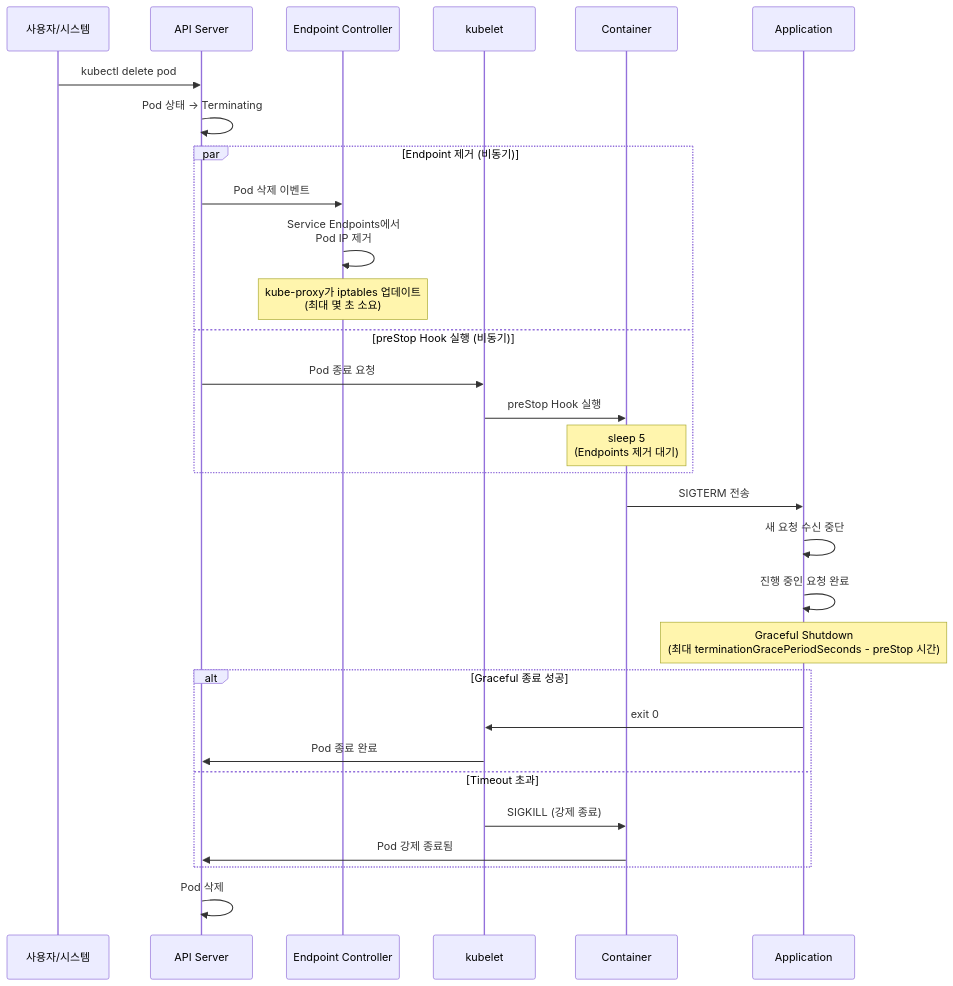
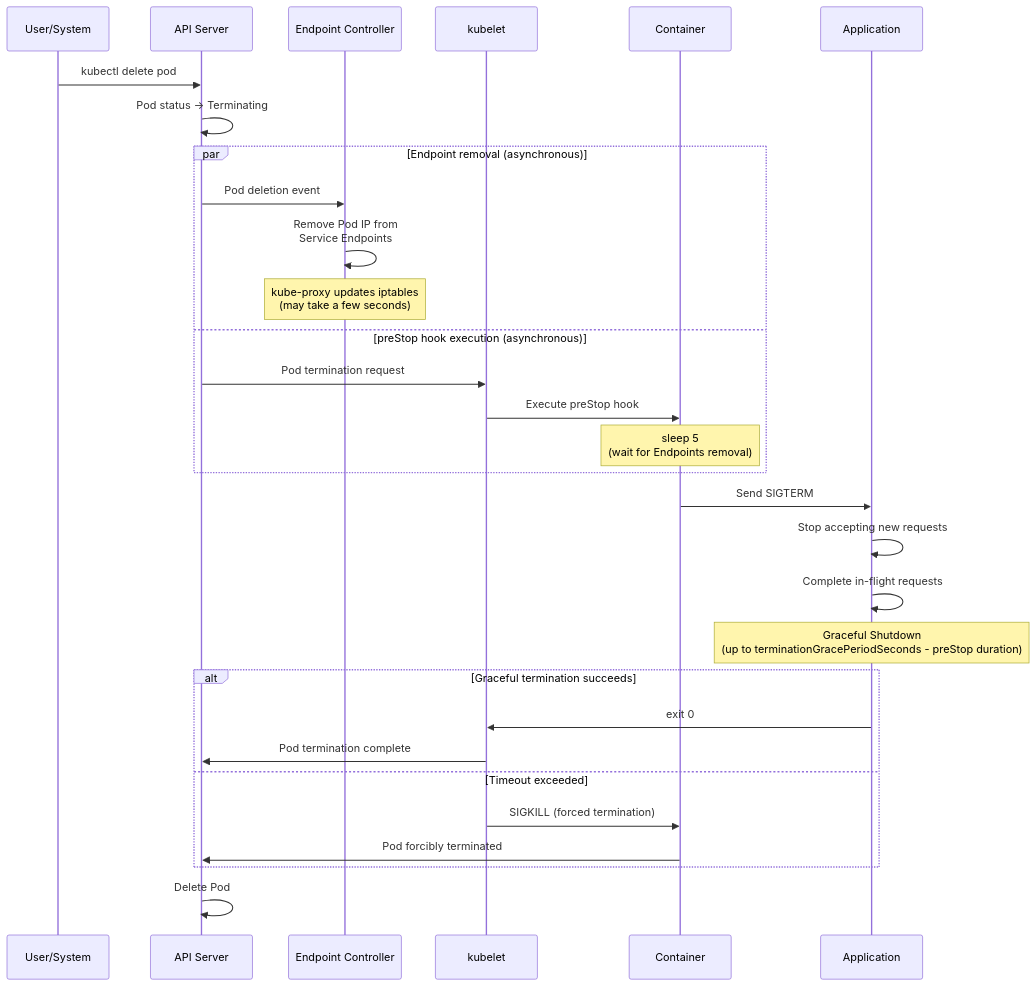
One commit to devfloor9/engineering-playbook changed the diagram in docs/eks-best-practices/operations-reliability/pod-lifecycle/shutdown-basics.md. Above: the diagram before and after it, drawn with Mermaid. The commit also changed other lines of this file and 954 other files, not shown here.

````diff
--- a/docs/eks-best-practices/operations-reliability/pod-lifecycle/shutdown-basics.md
+++ b/docs/eks-best-practices/operations-reliability/pod-lifecycle/shutdown-basics.md
@@ -29,37 +29,37 @@
 ```mermaid
 sequenceDiagram
-    participant User as 사용자/시스템
+    participant User as User/System
     participant API as API Server
     participant EP as Endpoint Controller
     participant Kubelet as kubelet
     participant Container as Container
     participant App as Application
 
     User->>API: kubectl delete pod
-    API->>API: Pod 상태 → Terminating
+    API->>API: Pod status → Terminating
 
-    par Endpoint 제거 (비동기)
-        API->>EP: Pod 삭제 이벤트
-        EP->>EP: Service Endpoints에서<br/>Pod IP 제거
-        Note over EP: kube-proxy가 iptables 업데이트<br/>(최대 몇 초 소요)
-    and preStop Hook 실행 (비동기)
-        API->>Kubelet: Pod 종료 요청
-        Kubelet->>Container: preStop Hook 실행
-        Note over Container: sleep 5<br/>(Endpoints 제거 대기)
+    par Endpoint removal (asynchronous)
+        API->>EP: Pod deletion event
+        EP->>EP: Remove Pod IP from<br/>Service Endpoints
+        Note over EP: kube-proxy updates iptables<br/>(may take a few seconds)
+    and preStop hook execution (asynchronous)
+        API->>Kubelet: Pod termination request
+        Kubelet->>Container: Execute preStop hook
+        Note over Container: sleep 5<br/>(wait for Endpoints removal)
     end
 
-    Container->>App: SIGTERM 전송
-    App->>App: 새 요청 수신 중단
-    App->>App: 진행 중인 요청 완료
-    Note over App: Graceful Shutdown<br/>(최대 terminationGracePeriodSeconds - preStop 시간)
+    Container->>App: Send SIGTERM
+    App->>App: Stop accepting new requests
+    App->>App: Complete in-flight requests
+    Note over App: Graceful Shutdown<br/>(up to terminationGracePeriodSeconds - preStop duration)
 
-    alt Graceful 종료 성공
+    alt Graceful termination succeeds
         App->>Kubelet: exit 0
-        Kubelet->>API: Pod 종료 완료
-    else Timeout 초과
-        Kubelet->>Container: SIGKILL (강제 종료)
-        Container->>API: Pod 강제 종료됨
+        Kubelet->>API: Pod termination complete
+    else Timeout exceeded
+        Kubelet->>Container: SIGKILL (forced termination)
+        Container->>API: Pod forcibly terminated
     end
 
-    API->>API: Pod 삭제
+    API->>API: Delete Pod
 ```
````
